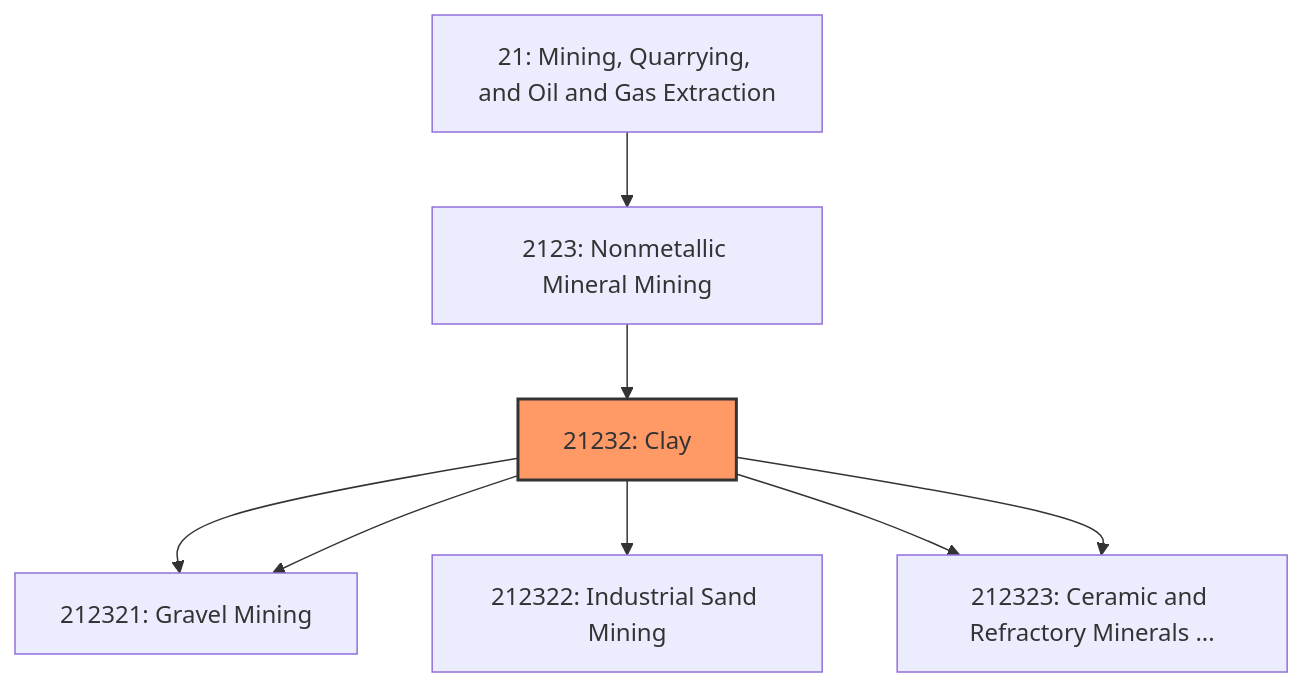
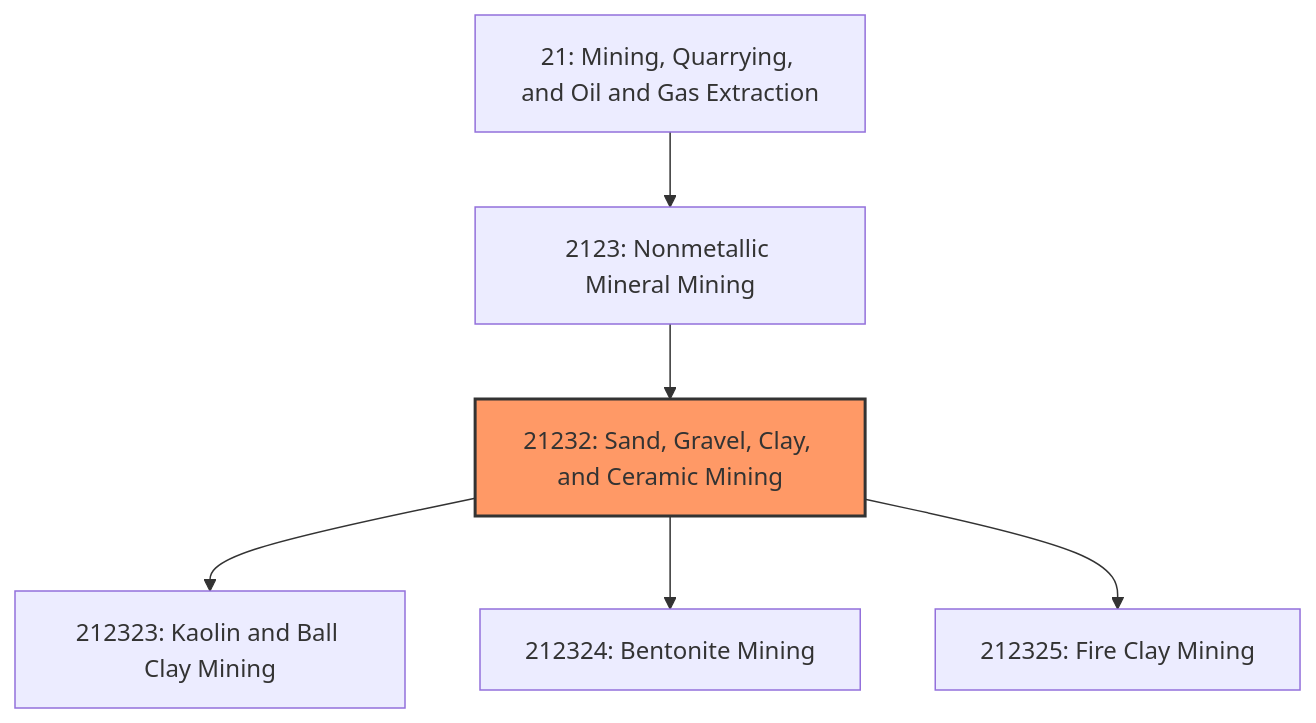
One commit to kziemski/business.org.ai changed the first of 3 diagrams in industries/Mining/NonmetallicMineralMining/Clay/index.mdx. Above: the diagram before and after it, drawn with Mermaid. The commit also changed other lines of this file and 67 other files, not shown here.

````diff
--- a/industries/Mining/NonmetallicMineralMining/Clay/index.mdx
+++ b/industries/Mining/NonmetallicMineralMining/Clay/index.mdx
@@ -22,12 +40,10 @@
 ```mermaid
 graph TD
     S21["21: Mining, Quarrying, and Oil and Gas Extraction"]
     S21 --> N2123["2123: Nonmetallic Mineral Mining"]
-    N2123 --> N21232["21232: Clay"]
+    N2123 --> N21232["21232: Sand, Gravel, Clay, and Ceramic Mining"]
     style N21232 fill:#f96,stroke:#333,stroke-width:2px
-    N21232 --> N212321["212321: Construction Sand"]
-    N21232 --> N212321["212321: Gravel Mining"]
-    N21232 --> N212322["212322: Industrial Sand Mining"]
-    N21232 --> N212323["212323: Kaolin"]
-    N21232 --> N212323["212323: Ceramic and Refractory Minerals ..."]
+    N21232 --> N212323["212323: Kaolin and Ball Clay Mining"]
+    N21232 --> N212324["212324: Bentonite Mining"]
+    N21232 --> N212325["212325: Fire Clay Mining"]
 ```
````
